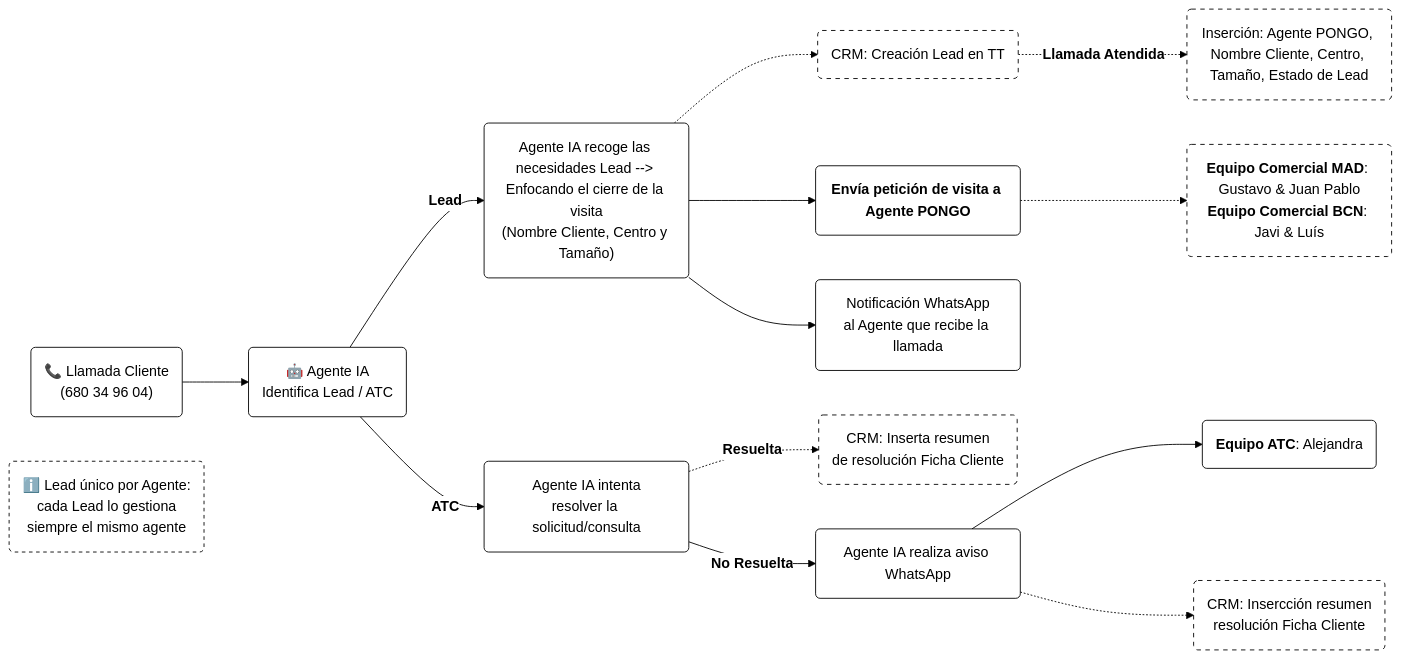
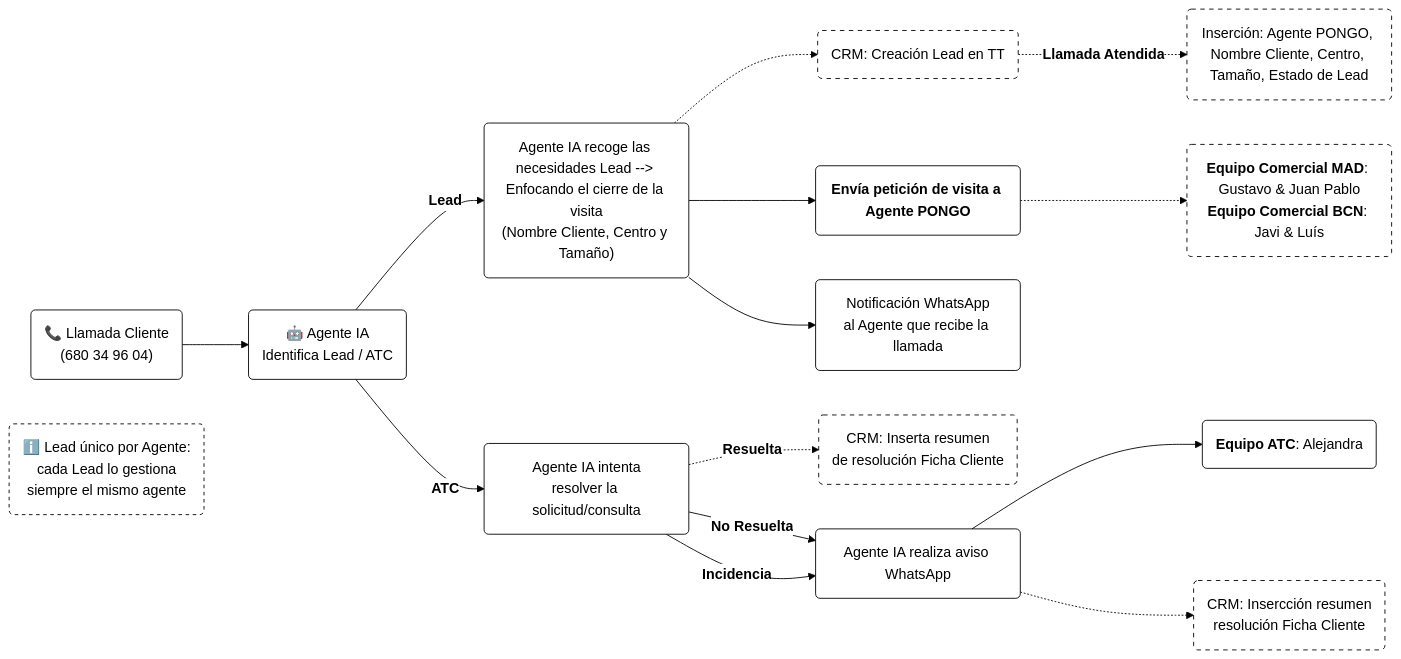
The diagram in flujo_en_horario (1).md (Fblanchete/Agente-IA), drawn with Mermaid before and after one commit.

Commit message:
Update flujo_en_horario (1).md

````diff
--- a/flujo_en_horario (1).md
+++ b/flujo_en_horario (1).md
@@ -3,33 +3,34 @@
 ```mermaid
 %%{init: {'theme': 'base', 'themeVariables': { 'fontFamily': 'Arial', 'background': '#FFFFFF', 'primaryColor': '#FFFFFF', 'primaryBorderColor': '#000000', 'primaryTextColor': '#000000', 'lineColor': '#000000', 'secondaryColor': '#FFFFFF', 'tertiaryColor': '#FFFFFF'}}}%%
 flowchart LR
     A1("📞 Llamada Cliente<br/>(680 34 96 04)") --> A2("🤖 Agente IA<br/>Identifica Lead / ATC")
 
     A2 -->|"`**Lead**`"| L2("Agente IA recoge las necesidades Lead --> Enfocando el cierre de la visita<br/>(Nombre Cliente, Centro y Tamaño)")
     L2 -.-> CRM1("CRM: Creación Lead en TT")
     L2 --> L4("`**Envía petición de visita a Agente PONGO**`")
     L2 --> L5("Notificación WhatsApp<br/>al Agente que recibe la llamada")
     L4 -.-> L6("`**Equipo Comercial MAD**: Gustavo & Juan Pablo<br/>**Equipo Comercial BCN**: Javi & Luís`")
     CRM1 -.-> |"`**Llamada Atendida**`"| LA("Inserción: Agente PONGO, Nombre Cliente, Centro, Tamaño, Estado de Lead")
 
     A2 -->|"`**ATC**`"| T1("Agente IA intenta<br/>resolver la solicitud/consulta")
     T1 -.->|"`**Resuelta**`"| CRM2("CRM: Inserta resumen<br/>de resolución Ficha Cliente")
     T1 -->|"`**No Resuelta**`"| T2("Agente IA realiza aviso WhatsApp")
+    T1 -->|"`**Incidencia**`"| T2("Agente IA realiza aviso WhatsApp")
     T2 --> T3("`**Equipo ATC**: Alejandra`")
     T2 -.-> CRM3("CRM: Insercción resumen<br/>resolución Ficha Cliente")
   
 
     N0("ℹ️ Lead único por Agente:<br/>cada Lead lo gestiona<br/>siempre el mismo agente")
 
 
     classDef todos fill:#FFFFFF,stroke:#000000,color:#000000
     classDef nota fill:#FFFFFF,stroke:#000000,color:#000000,stroke-dasharray: 4 4
     classDef comment fill:#FFFFFF,stroke:#FF2C2C,color:#000000,stroke-dasharray: 5 5
     classDef CRM fill:#FFFFFF,stroke:#000000,color:#000000,stroke-dasharray: 5 5
     class A1,A2,L2,L4,L5,T1,T2,T3 todos
     class N0 nota
     class L3 comment
     class CRM1,LA,LNA,CRM3,CRM2,L6 CRM
    
 
 ```
````
